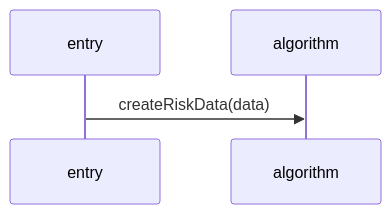
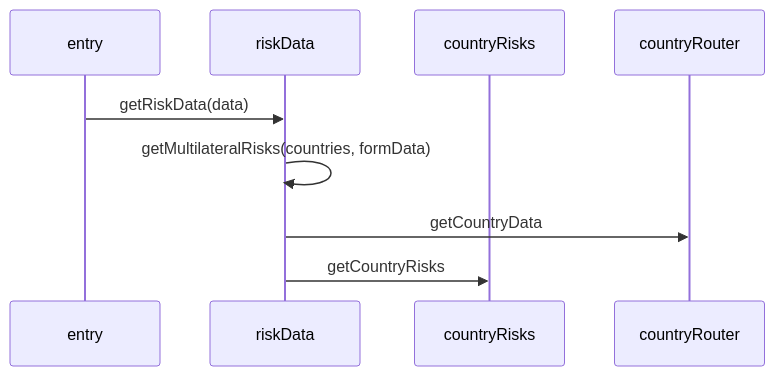
One commit to mluukkai/poc changed the first of 2 diagrams in README.md. Above: the diagram before and after it, drawn with Mermaid.

Commit message:
Enhance sequence diagram with additional participants

````diff
--- a/README.md
+++ b/README.md
@@ -1,7 +1,13 @@
 ```mermaid
 sequenceDiagram
     participant entry
-    participant algorithm
+    participant riskData
+    participant countryRisks
+    participant countryRouter
 
-    entry->>algorithm: createRiskData(data) 
+    entry->>riskData: getRiskData(data)
+    riskData ->> riskData: getMultilateralRisks(countries, formData)
+    riskData ->> countryRouter: getCountryData
+    riskData ->> countryRisks: getCountryRisks
+
 ```
````
